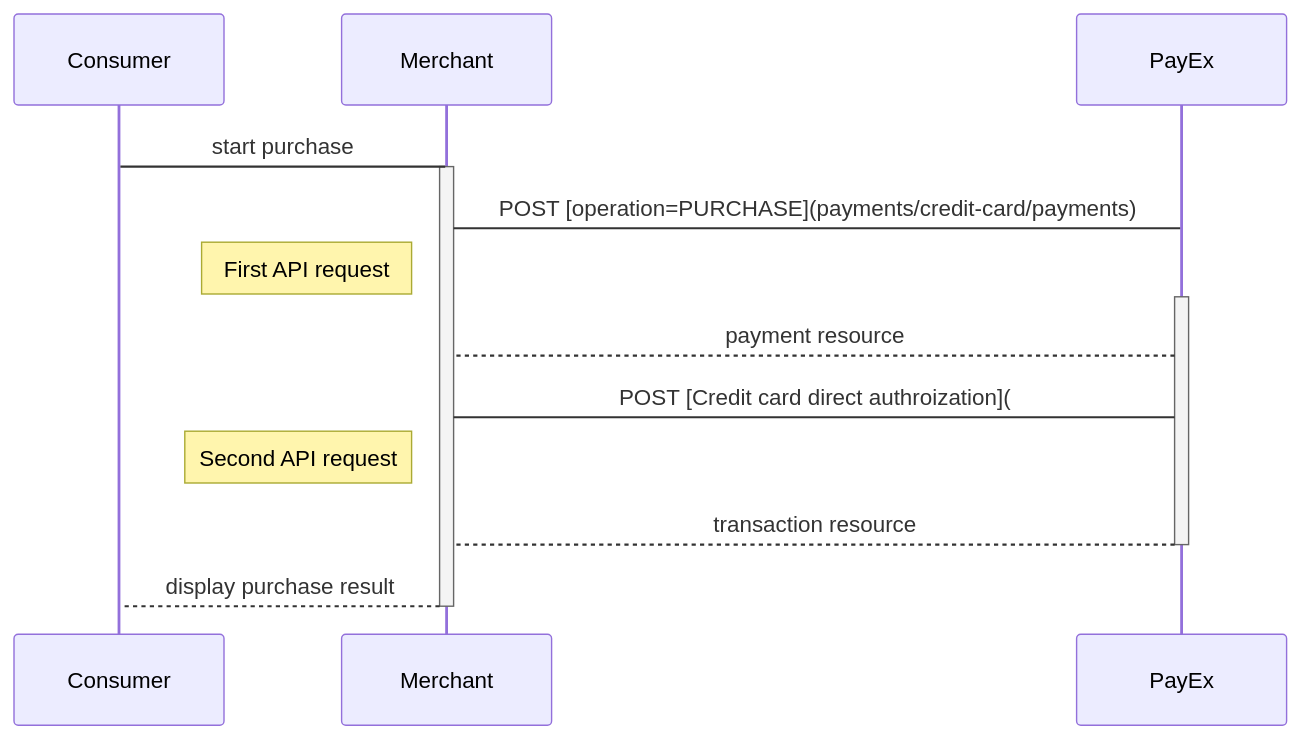
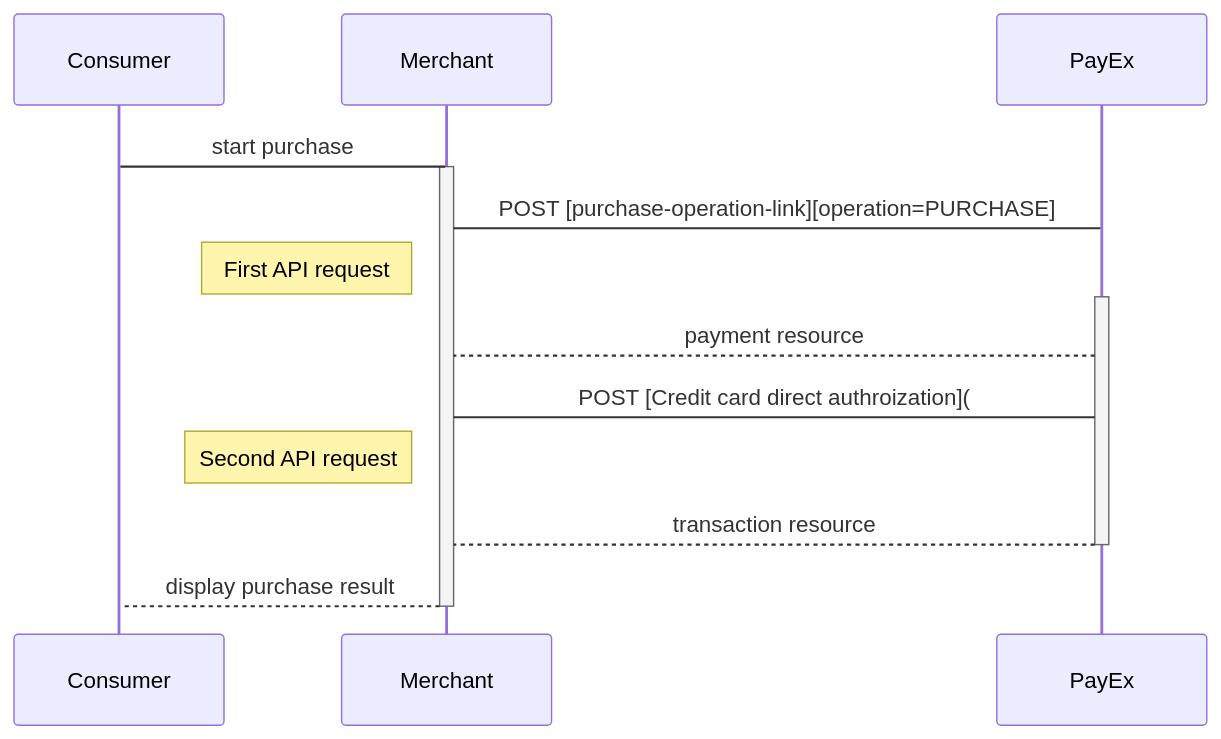
Before and after one commit to SwedbankPay/developer.swedbankpay.com: the fifth of 7 diagrams in payments/credit-card/index.md, drawn with Mermaid. The commit also changed other lines of this file, not shown here.

Commit message:
DX-119 Changed links in credit card

````diff
--- a/payments/credit-card/index.md
+++ b/payments/credit-card/index.md
@@ -347,17 +347,17 @@
 ```mermaid
 sequenceDiagram
   Consumer->Merchant: start purchase
   Activate Merchant
-  Merchant->PayEx: POST [operation=PURCHASE](payments/credit-card/payments)
+  Merchant->PayEx: POST [purchase-operation-link][operation=PURCHASE]
   note left of Merchant: First API request
   Activate PayEx
   PayEx-->Merchant: payment resource
 
   Merchant -> PayEx: POST [Credit card direct authroization](#)
   note left of Merchant: Second API request
   PayEx --> Merchant: transaction resource
 
   Deactivate PayEx
   Merchant-->Consumer: display purchase result
   Deactivate Merchant
 ```
````
